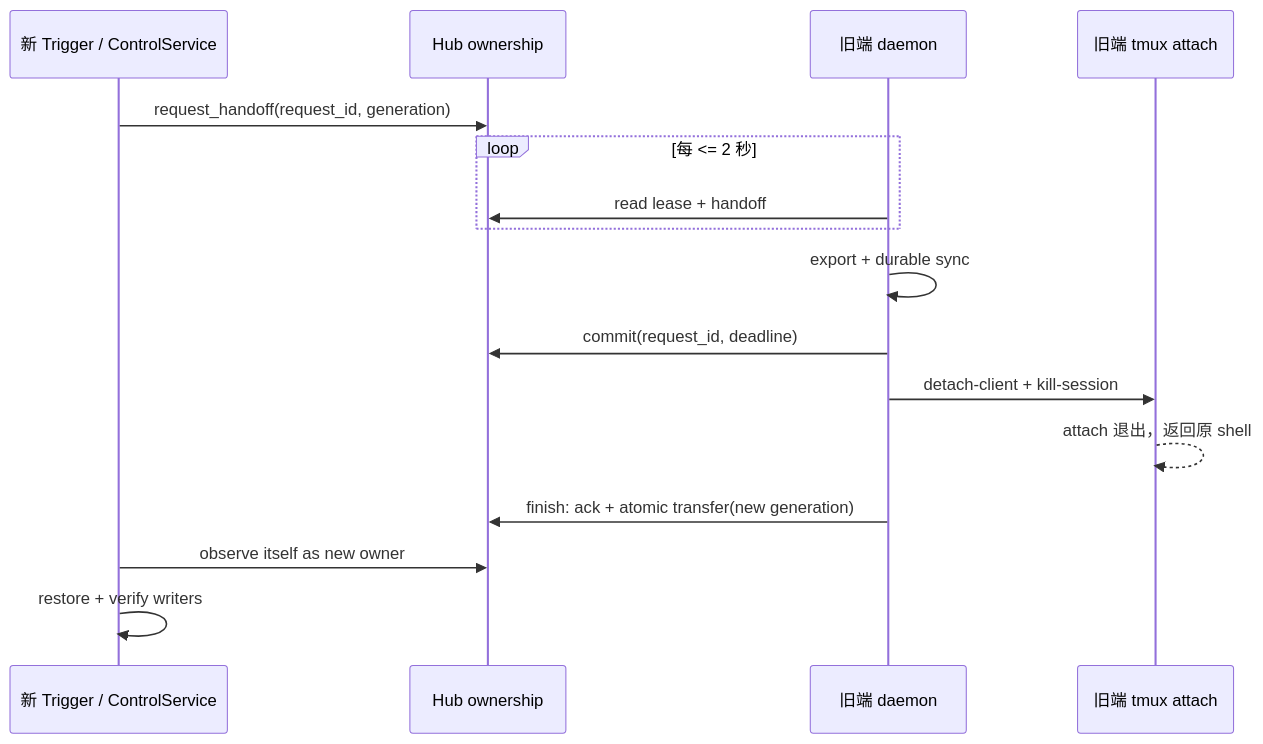
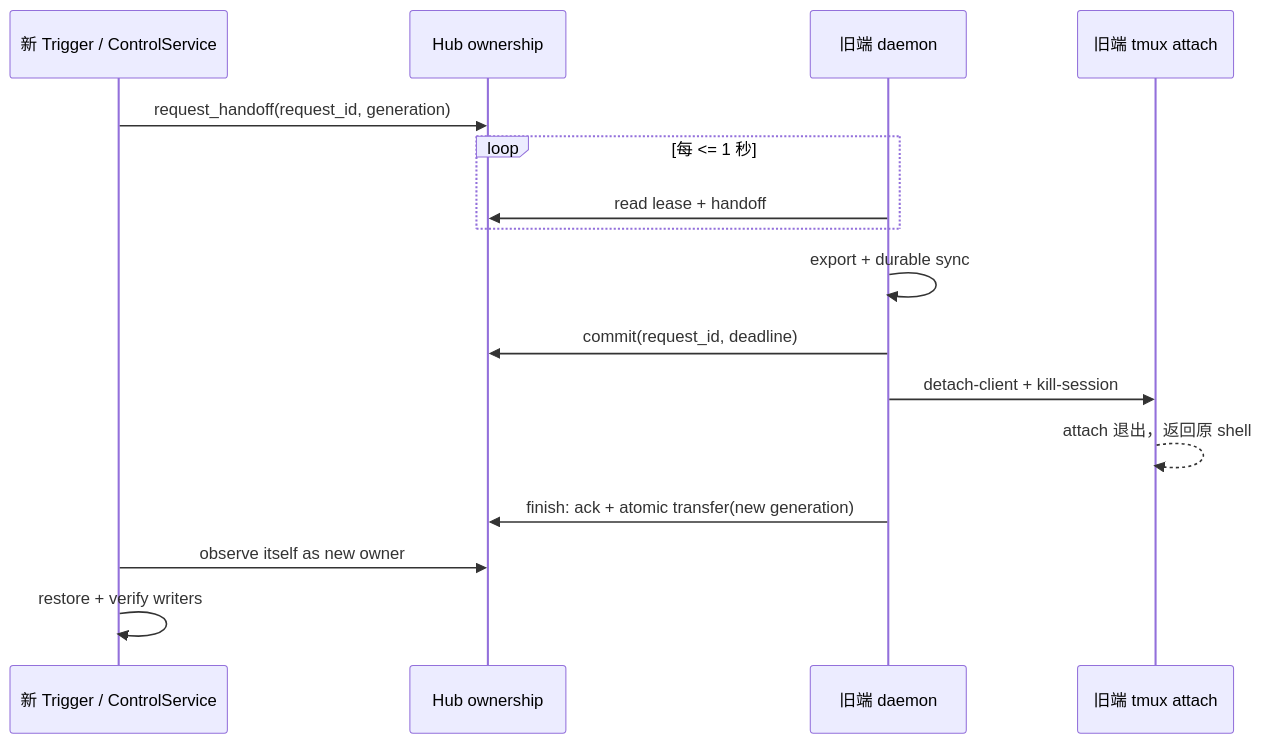
Before and after one commit to yukai08008/dual-tmux: the first of 2 diagrams in dev_plans/v0.4.54-v0.4.55/PRD.md, drawn with Mermaid. The commit also changed other lines of this file and 15 other files, not shown here.

````diff
--- a/dev_plans/v0.4.54-v0.4.55/PRD.md
+++ b/dev_plans/v0.4.54-v0.4.55/PRD.md
@@ -44,19 +47,19 @@
 ```mermaid
 sequenceDiagram
     participant N as 新 Trigger / ControlService
     participant H as Hub ownership
     participant O as 旧端 daemon
     participant T as 旧端 tmux attach
 
     N->>H: request_handoff(request_id, generation)
-    loop 每 <= 2 秒
+    loop 每 <= 1 秒
         O->>H: read lease + handoff
     end
     O->>O: export + durable sync
     O->>H: commit(request_id, deadline)
     O->>T: detach-client + kill-session
     T-->>T: attach 退出，返回原 shell
     O->>H: finish: ack + atomic transfer(new generation)
     N->>H: observe itself as new owner
     N->>N: restore + verify writers
 ```
````
